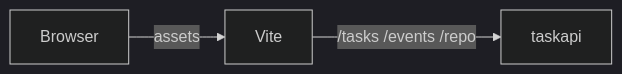
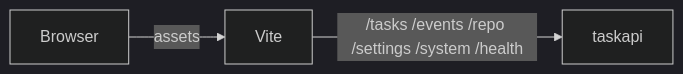
Before and after one commit to AlexsanderHamir/T2A: the second of 3 diagrams in docs/WEB.md, drawn with Mermaid (dark theme). The commit also changed other lines of this file and 42 other files, not shown here.

````diff
--- a/docs/WEB.md
+++ b/docs/WEB.md
@@ -58,8 +58,8 @@
 ```mermaid
 flowchart LR
   B[Browser]
   V[Vite]
   T[taskapi]
   B -->|assets| V
-  V -->|/tasks /events /repo| T
+  V -->|/tasks /events /repo /settings /system /health| T
 ```
````
